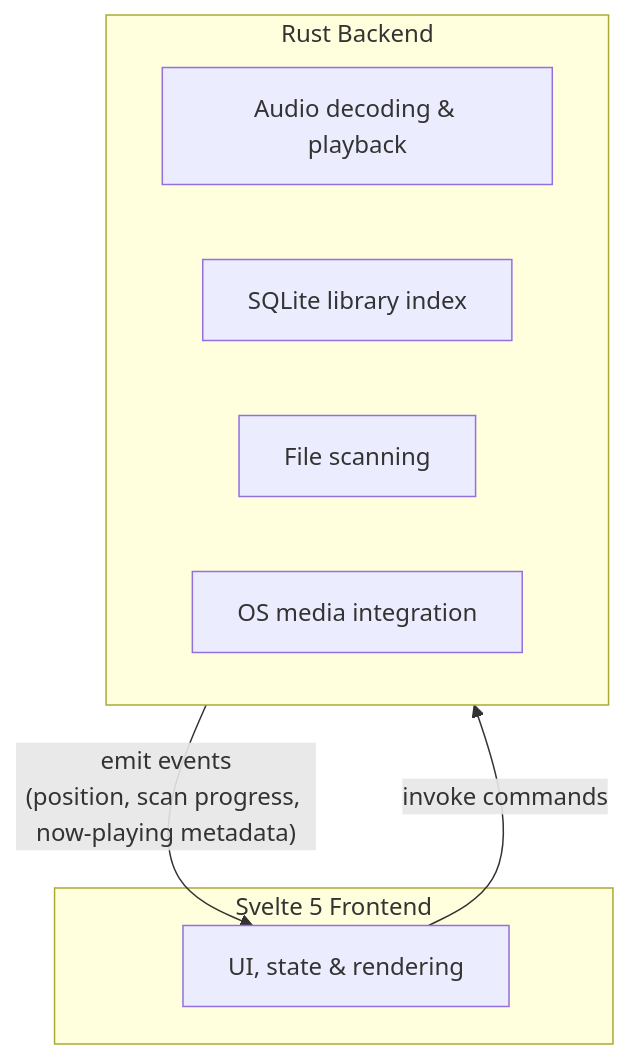
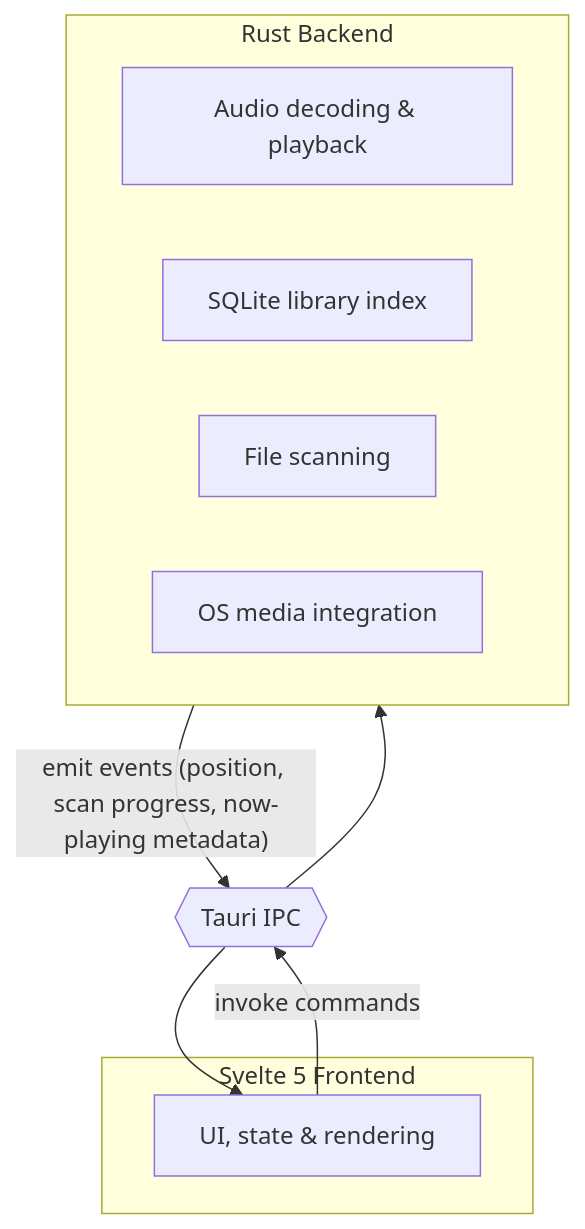
The diagram in README.md (esoltys/luminous), drawn with Mermaid before and after one commit.

Commit message:
docs: label Tauri IPC boundary in architecture diagram

````diff
--- a/README.md
+++ b/README.md
@@ -23,18 +23,20 @@
 ```mermaid
 flowchart TD
     subgraph Frontend["Svelte 5 Frontend"]
         UI["UI, state & rendering"]
     end
+
+    IPC{{"Tauri IPC"}}
 
     subgraph Backend["Rust Backend"]
         Audio["Audio decoding & playback"]
         DB["SQLite library index"]
         Scan["File scanning"]
         Media["OS media integration"]
     end
 
     Frontend ~~~ Backend
 
-    UI -- "invoke commands" --> Backend
-    Backend -- "emit events<br/>(position, scan progress, now-playing metadata)" --> UI
+    UI -- "invoke commands" --> IPC --> Backend
+    Backend -- "emit events (position, scan progress, now-playing metadata)" --> IPC --> UI
 ```
````
